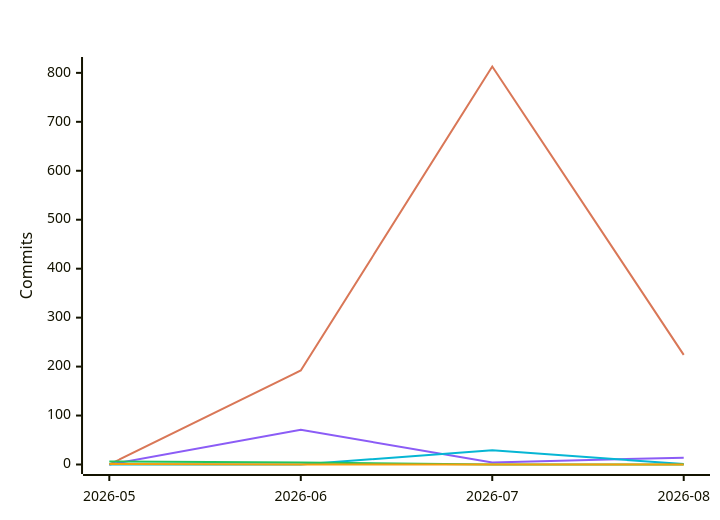
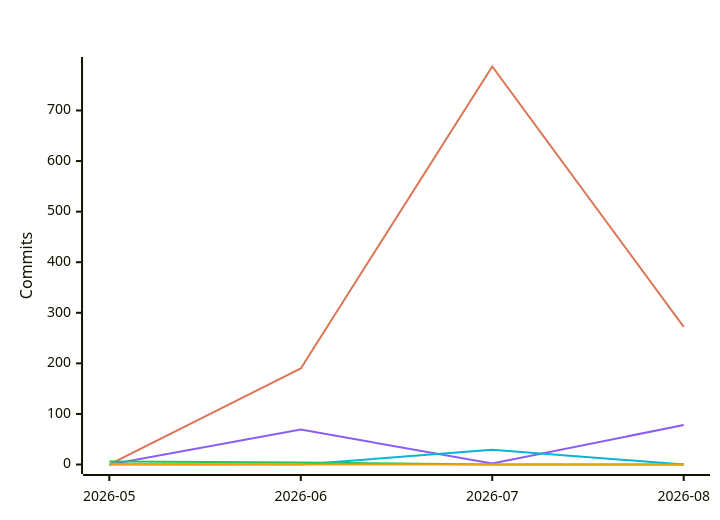
The fifth of 7 diagrams in README.md (polo-nyan/polo-nyan), drawn with Mermaid before and after one commit. The commit also changed other lines of this file and 1 other file, not shown here.

````diff
--- a/README.md
+++ b/README.md
@@ -313,12 +313,12 @@
 ```mermaid
 %%{init: {"xyChart": {"titleColor": "#ffffff", "xAxisLabelColor": "#ffffff", "yAxisLabelColor": "#ffffff"}, "themeVariables": {"xyChart": {"titleColor": "#ffffff", "plotColorPalette": "#d97757, #8b5cf6, #06b6d4, #22c55e, #f59e0b, #ec4899"}}}}%%
 xychart-beta
     title "Commits Per Month by Model Family"
     x-axis ["2026-05", "2026-06", "2026-07", "2026-08"]
     y-axis "Commits"
-    line [0, 192, 813, 224]
-    line [0, 71, 4, 14]
-    line [0, 0, 29, 1]
+    line [0, 190, 787, 272]
+    line [0, 69, 2, 78]
+    line [0, 0, 29, 0]
     line [6, 4, 0, 0]
     line [1, 0, 0, 0]
 ```
````
